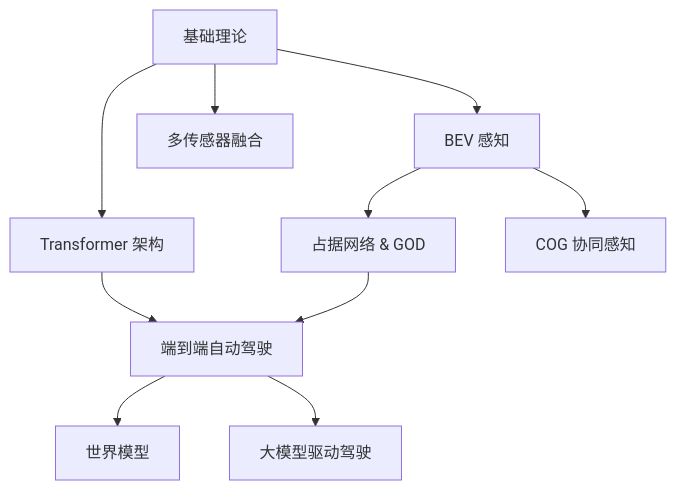
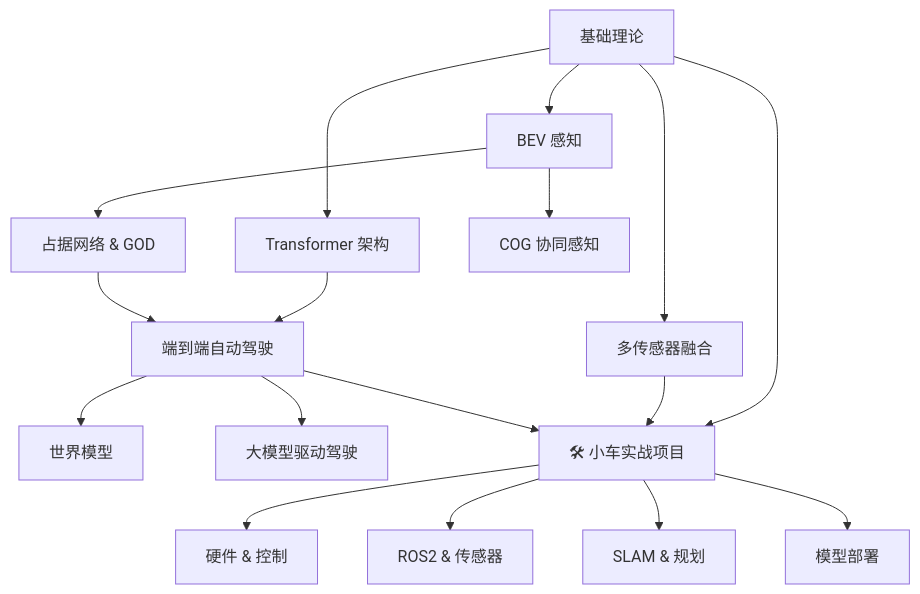
Before and after one commit to salad18/AutoDriveLearningNote: the diagram in 000-知识库地图.md, drawn with Mermaid. The commit also changed other lines of this file and 11 other files, not shown here.

````diff
--- a/000-知识库地图.md
+++ b/000-知识库地图.md
@@ -14,12 +14,19 @@
 ```mermaid
 graph TD
     A[基础理论] --> B[BEV 感知]
     A --> C[多传感器融合]
     A --> D[Transformer 架构]
     B --> E[占据网络 & GOD]
     B --> F[COG 协同感知]
     D --> G[端到端自动驾驶]
     E --> G
     G --> H[世界模型]
     G --> I[大模型驱动驾驶]
+    A --> P[🛠 小车实战项目]
+    C --> P
+    G --> P
+    P --> Q[硬件 & 控制]
+    P --> R[ROS2 & 传感器]
+    P --> S[SLAM & 规划]
+    P --> T[模型部署]
 ```
````
